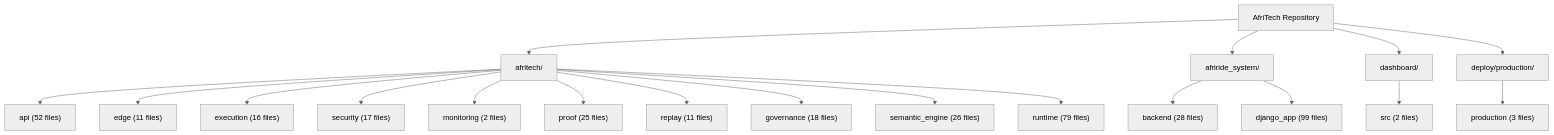
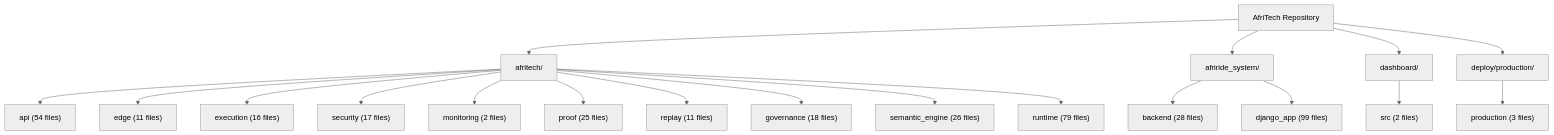
Before and after one commit to Strelly2023/afritelematics: the second of 2 diagrams in docs/architecture/AFRITECH_FULL_ARCHITECTURE_GRAPH.md, drawn with Mermaid (neutral theme). The commit also changed other lines of this file and 54 other files, not shown here.

````diff
--- a/docs/architecture/AFRITECH_FULL_ARCHITECTURE_GRAPH.md
+++ b/docs/architecture/AFRITECH_FULL_ARCHITECTURE_GRAPH.md
@@ -64,23 +64,23 @@
 ```mermaid
 flowchart TD
     Root["AfriTech Repository"] --> Core["afritech/"]
     Root --> Ride["afriride_system/"]
     Root --> Ui["dashboard/"]
     Root --> Deploy["deploy/production/"]
 
-    Core --> Api["api (52 files)"]
+    Core --> Api["api (54 files)"]
     Core --> Edge["edge (11 files)"]
     Core --> Execution["execution (16 files)"]
     Core --> Security["security (17 files)"]
     Core --> Monitoring["monitoring (2 files)"]
     Core --> Proof["proof (25 files)"]
     Core --> Replay["replay (11 files)"]
     Core --> Governance["governance (18 files)"]
     Core --> Semantic["semantic_engine (26 files)"]
     Core --> Runtime["runtime (79 files)"]
 
     Ride --> Backend["backend (28 files)"]
     Ride --> Django["django_app (99 files)"]
     Ui --> Dashboard["src (2 files)"]
     Deploy --> Production["production (3 files)"]
 ```
````
